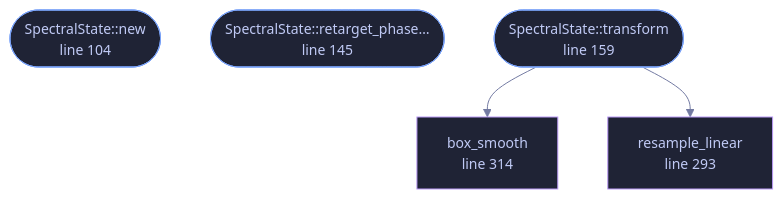
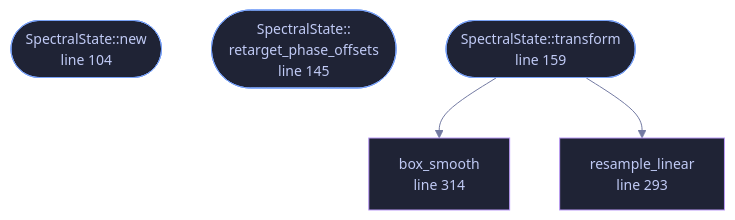
The diagram in docs/files/veilvoice-core/spectral.md (tilas01/veilvoice), drawn with Mermaid before and after one commit. The commit also changed 348 other files, not shown here.

````diff
--- a/docs/files/veilvoice-core/spectral.md
+++ b/docs/files/veilvoice-core/spectral.md
@@ -128,20 +128,20 @@
 ```mermaid
 %%{init: {"theme":"base","themeVariables":{"background":"#1a1b26","primaryColor":"#1f2335","primaryTextColor":"#c0caf5","primaryBorderColor":"#7aa2f7","secondaryColor":"#16161e","tertiaryColor":"#16161e","lineColor":"#737aa2","textColor":"#c0caf5","mainBkg":"#1f2335","nodeBorder":"#7aa2f7","clusterBkg":"#16161e","clusterBorder":"#2f3549","fontFamily":"ui-monospace, SFMono-Regular, Consolas, monospace","fontSize":"14px"}}}%%
 flowchart TD
     n_new(["SpectralState::new<br/>line 104"])
-    n_retarget_phase_offsets(["SpectralState::retarget_phase…<br/>line 145"])
+    n_retarget_phase_offsets(["SpectralState::<br/>retarget_phase_offsets<br/>line 145"])
     n_transform(["SpectralState::transform<br/>line 159"])
     n_resample_linear["resample_linear<br/>line 293"]
     n_box_smooth["box_smooth<br/>line 314"]
     n_transform --> n_box_smooth
     n_transform --> n_resample_linear
     click n_new href "https://github.com/tilas01/veilvoice/blob/main/crates/veilvoice-core/src/spectral.rs#L104" "open the source"
     click n_retarget_phase_offsets href "https://github.com/tilas01/veilvoice/blob/main/crates/veilvoice-core/src/spectral.rs#L145" "open the source"
     click n_transform href "https://github.com/tilas01/veilvoice/blob/main/crates/veilvoice-core/src/spectral.rs#L159" "open the source"
     click n_resample_linear href "https://github.com/tilas01/veilvoice/blob/main/crates/veilvoice-core/src/spectral.rs#L293" "open the source"
     click n_box_smooth href "https://github.com/tilas01/veilvoice/blob/main/crates/veilvoice-core/src/spectral.rs#L314" "open the source"
     classDef entry fill:#1f2335,stroke:#7aa2f7,color:#c0caf5
     class n_new,n_retarget_phase_offsets,n_transform entry
     classDef helper fill:#1f2335,stroke:#bb9af7,color:#c0caf5
     class n_resample_linear,n_box_smooth helper
 ```
````
